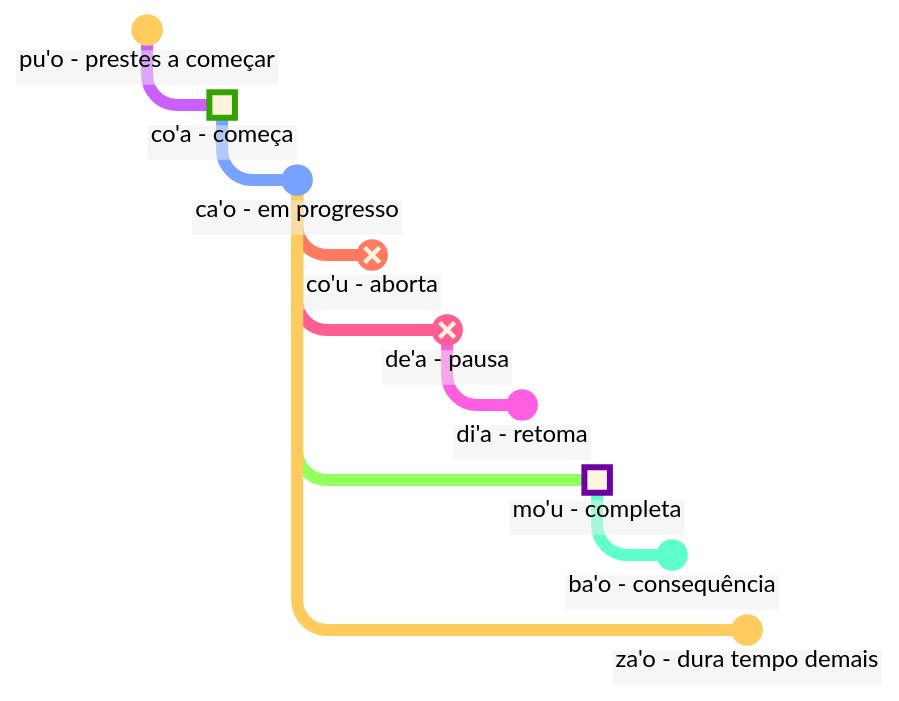
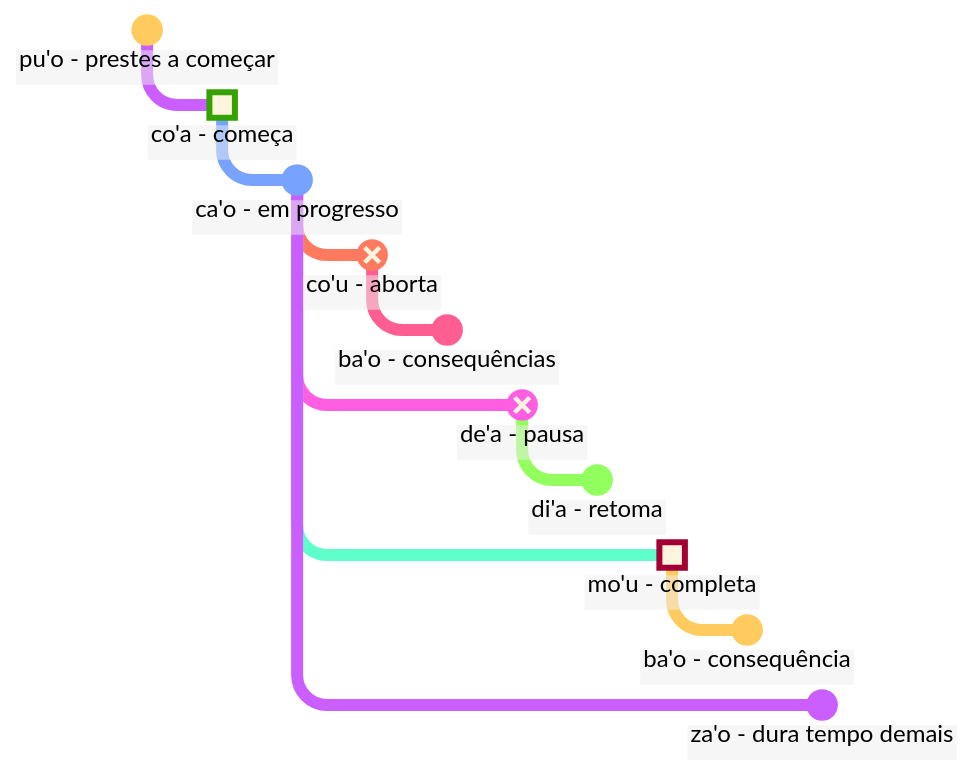
Before and after one commit to La-Lojban/lojban.pw: the diagram in data/pages/pt/books/learn-lojban/6.md, drawn with Mermaid. The commit also changed other lines of this file and 24 other files, not shown here.

````diff
--- a/data/pages/pt/books/learn-lojban/6.md
+++ b/data/pages/pt/books/learn-lojban/6.md
@@ -546,57 +559,61 @@
 ```mermaid
 %%{
     init: {
         'logLevel': 'debug',
         'theme': 'base',
         'themeVariables': {
                 'commitLabelColor': '#000',
                 'commitLabelBackground': '#eee',
                 'commitLabelFontSize': '16px',
                 'tagLabelFontSize': '14px'
         },
         'htmlLabels': true,
         'gitGraph': {
             'showCommitLabel':true,
             'mainBranchName': 'event',
             'rotateCommitLabel': false,
             'showBranches': false
         }
     }
 }%%
 
 gitGraph
     checkout event
     commit id: "pu'o - prestes a começar"
 
     checkout event
     branch start
     commit id: "co'a - começa" type:HIGHLIGHT
 
     checkout start
     branch progress
     commit id: "ca'o - em progresso"
 
     checkout progress
     branch stop
     commit id: "co'u - aborta" type: REVERSE
 
+    checkout stop
+    branch aftermathStop
+    commit id: "ba'o - consequências "
+
     checkout progress
     branch "pause"
     commit id: "de'a - pausa" type: REVERSE
 
     checkout "pause"
     branch resume
     commit id: "di'a - retoma"
 
     checkout progress
     branch completion
     commit id: "mo'u - completa" type: HIGHLIGHT
 
     checkout completion
     branch aftermath
     commit id: "ba'o - consequência"
 
     checkout progress
     branch overdue
     commit id: "za'o - dura tempo demais"
 ```
````
